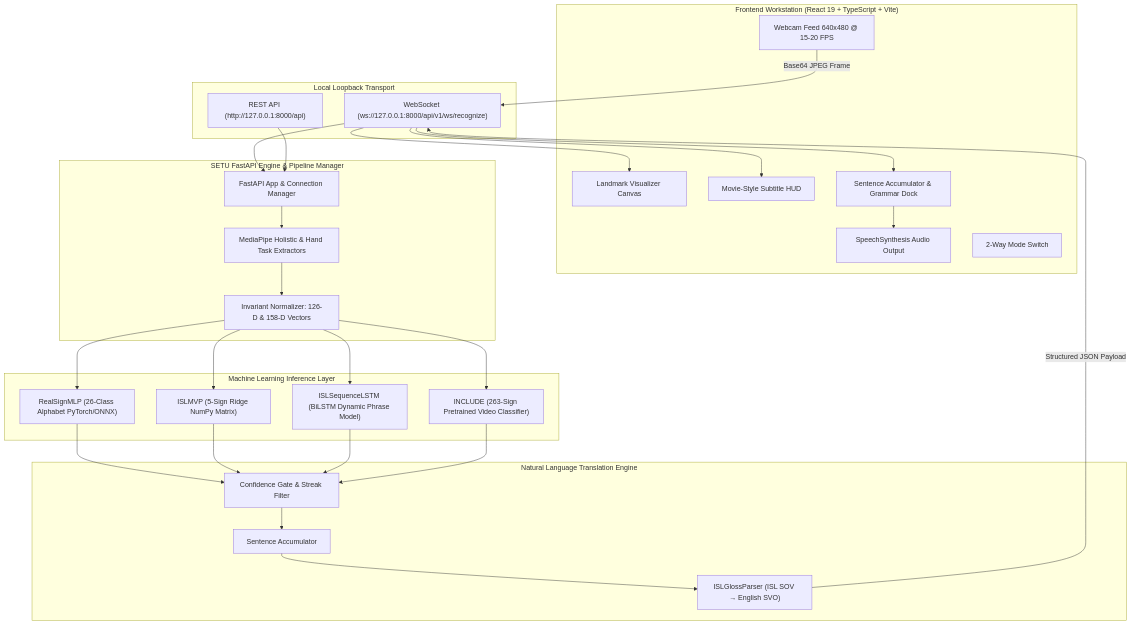
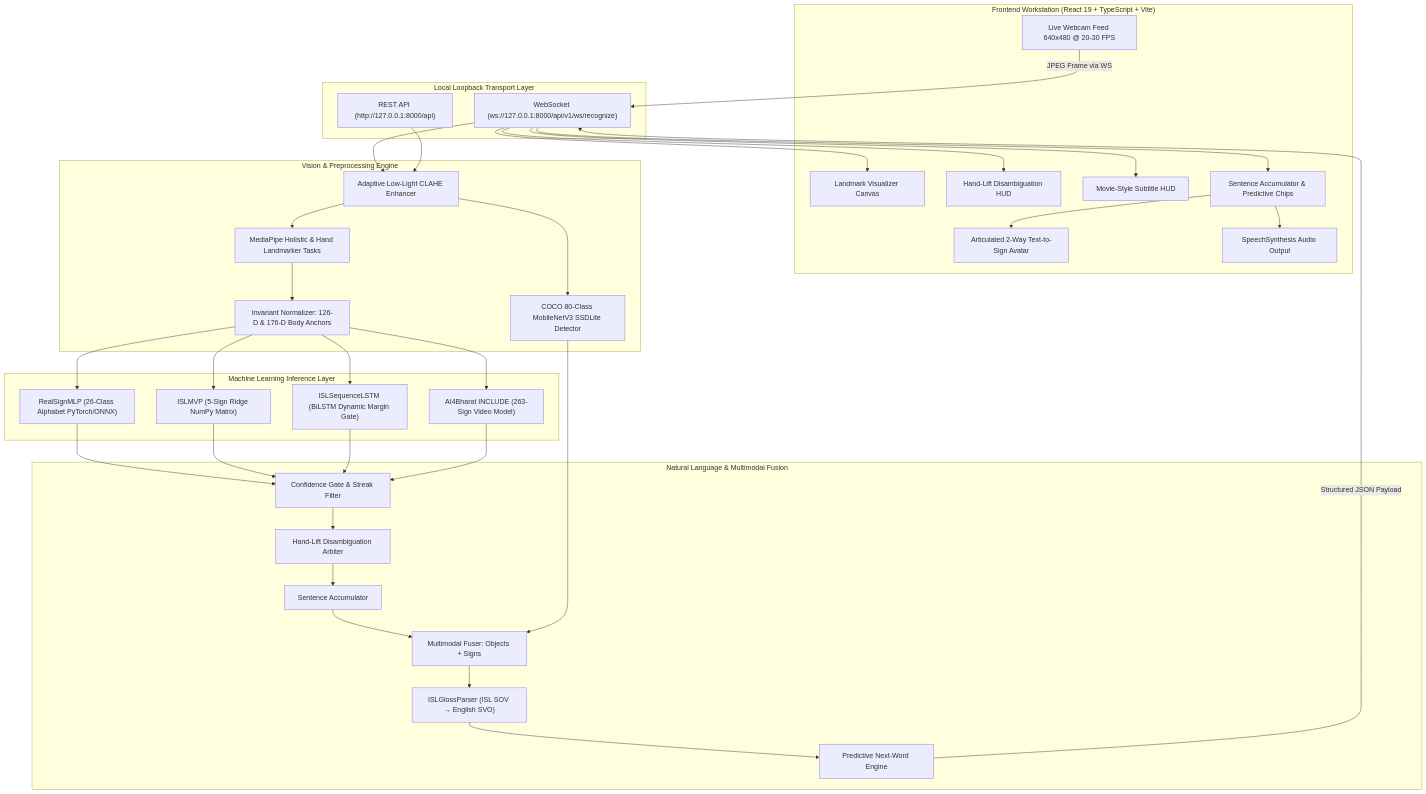
Before and after one commit to Isobit7/SETU: the diagram in README.md, drawn with Mermaid. The commit also changed other lines of this file and 124 other files, not shown here.

Commit message:
feat: Multimodal Show-and-Sign AI, Hand-Lift Disambiguation HUD, CLAHE Low-Light Enhancer, Retraining Pipeline, and Master Diagnostic Audit

````diff
--- a/README.md
+++ b/README.md
@@ -92,60 +102,72 @@
 ```mermaid
 graph TD
     subgraph Client ["Frontend Workstation (React 19 + TypeScript + Vite)"]
-        Cam[Webcam Feed 640x480 @ 15-20 FPS]
+        Cam[Live Webcam Feed 640x480 @ 20-30 FPS]
         Canvas[Landmark Visualizer Canvas]
+        DisambigHUD[Hand-Lift Disambiguation HUD]
         Subtitles[Movie-Style Subtitle HUD]
-        Buffer[Sentence Accumulator & Grammar Dock]
+        Buffer[Sentence Accumulator & Predictive Chips]
+        Avatar[Articulated 2-Way Text-to-Sign Avatar]
         TTS[SpeechSynthesis Audio Output]
-        Toggle[2-Way Mode Switch]
     end
 
-    subgraph Transport ["Local Loopback Transport"]
+    subgraph Transport ["Local Loopback Transport Layer"]
         WS["WebSocket (ws://127.0.0.1:8000/api/v1/ws/recognize)"]
         REST["REST API (http://127.0.0.1:8000/api)"]
     end
 
-    subgraph Backend ["SETU FastAPI Engine & Pipeline Manager"]
-        Server[FastAPI App & Connection Manager]
-        MP[MediaPipe Holistic & Hand Task Extractors]
-        Invar[Invariant Normalizer: 126-D & 158-D Vectors]
+    subgraph VisionPipeline ["Vision & Preprocessing Engine"]
+        CLAHE[Adaptive Low-Light CLAHE Enhancer]
+        MP[MediaPipe Holistic & Hand Landmarker Tasks]
+        Extract[Invariant Normalizer: 126-D & 176-D Body Anchors]
+        COCO[COCO 80-Class MobileNetV3 SSDLite Detector]
     end
 
     subgraph Models ["Machine Learning Inference Layer"]
         RealSign["RealSignMLP (26-Class Alphabet PyTorch/ONNX)"]
         MVP["ISLMVP (5-Sign Ridge NumPy Matrix)"]
-        LSTM["ISLSequenceLSTM (BiLSTM Dynamic Phrase Model)"]
-        INCLUDE["INCLUDE (263-Sign Pretrained Video Classifier)"]
+        LSTM["ISLSequenceLSTM (BiLSTM Dynamic Margin Gate)"]
+        INCLUDE["AI4Bharat INCLUDE (263-Sign Video Model)"]
     end
 
-    subgraph NLP ["Natural Language Translation Engine"]
+    subgraph NLP ["Natural Language & Multimodal Fusion"]
         Streak[Confidence Gate & Streak Filter]
+        DisambigArbiter[Hand-Lift Disambiguation Arbiter]
         Accum[Sentence Accumulator]
+        Fuser[Multimodal Fuser: Objects + Signs]
+        Predictive[Predictive Next-Word Engine]
         Gloss["ISLGlossParser (ISL SOV → English SVO)"]
     end
 
-    Cam -->|Base64 JPEG Frame| WS
-    WS --> Server
-    REST --> Server
-    Server --> MP
-    MP --> Invar
+    Cam -->|JPEG Frame via WS| WS
+    WS --> CLAHE
+    REST --> CLAHE
+    CLAHE --> MP
+    CLAHE --> COCO
+    MP --> Extract
 
-    Invar --> RealSign
-    Invar --> MVP
-    Invar --> LSTM
-    Invar --> INCLUDE
+    Extract --> RealSign
+    Extract --> MVP
+    Extract --> LSTM
+    Extract --> INCLUDE
 
     RealSign --> Streak
     MVP --> Streak
     LSTM --> Streak
     INCLUDE --> Streak
 
-    Streak --> Accum
-    Accum --> Gloss
+    Streak --> DisambigArbiter
+    DisambigArbiter --> Accum
+    Accum --> Fuser
+    COCO --> Fuser
+    Fuser --> Gloss
+    Gloss --> Predictive
 
-    Gloss -->|Structured JSON Payload| WS
+    Predictive -->|Structured JSON Payload| WS
     WS --> Canvas
+    WS --> DisambigHUD
     WS --> Subtitles
     WS --> Buffer
+    Buffer --> Avatar
     Buffer --> TTS
 ```
````
